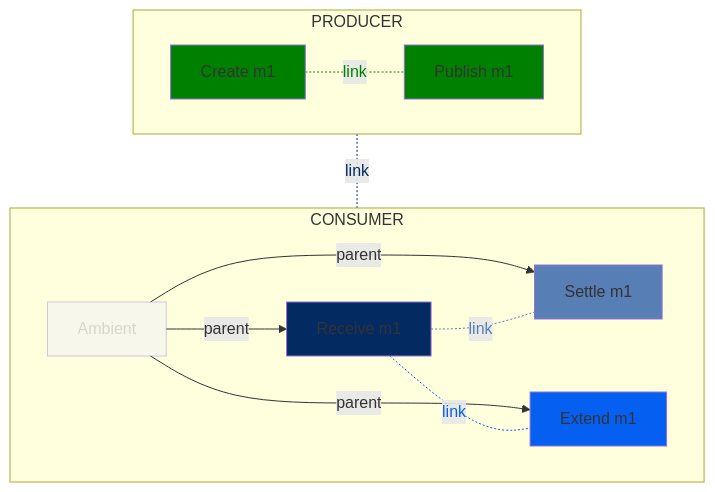
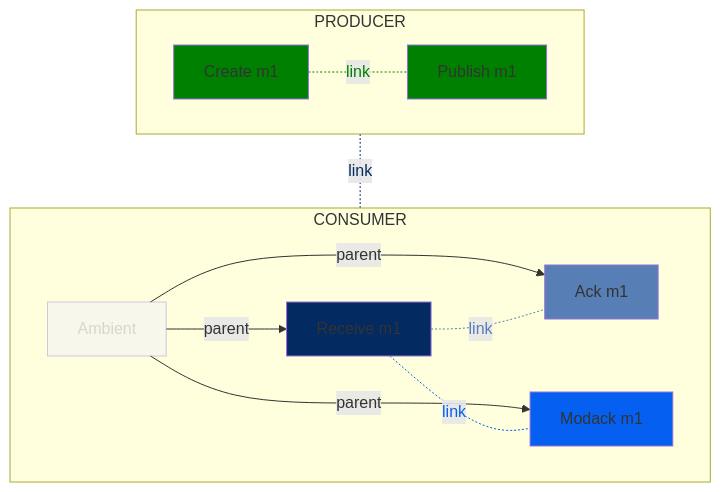
Before and after one commit to alevenberg/semantic-conventions: the seventh of 29 diagrams in docs/messaging/gcp-pubsub.md, drawn with Mermaid. The commit also changed other lines of this file, not shown here.

Commit message:
wip, change to ack/modack

````diff
--- a/docs/messaging/gcp-pubsub.md
+++ b/docs/messaging/gcp-pubsub.md
@@ -310,51 +310,51 @@
 ```mermaid
 flowchart TD;
   subgraph CONSUMER
   direction LR
   A[Ambient]
   R1[Receive m1]
-  SM1[Settle m1]
-  LM1[Extend m1]
+  SM1[Ack m1]
+  LM1[Modack m1]
   %% Link 0
   A-- parent -->R1
   %% Link 1
   A-- parent -->SM1
   %% Link 2
   A-- parent -->LM1
   end
   subgraph PRODUCER
   direction LR
   CM1[Create m1]
   PM1[Publish m1]
   end
   %% Link 3
   CM1-. link .-PM1;
   %% Link 4
   CM1-. link .-R1;
   %% Link 5
   R1-. link .-SM1;
   %% Link 6
   R1-. link .-LM1;
 
   %% Style the node and corresponding link
   %% Producer links and nodes
   classDef producer fill:green
   class PM1,CM1 producer
   linkStyle 3 color:green,stroke:green
 
   %% Consumer links and nodes
   classDef consumer fill:#032a61
   class R1 consumer
   linkStyle 4 color:#032a61,stroke:#032a61
 
   classDef lease fill:#0560f2
   class LM1 lease
   linkStyle 6 color:#0560f2,stroke:#0560f2
 
   classDef ack fill:#577eb5
   class SM1 ack
   linkStyle 5 color:#577eb5,stroke:#577eb5
 
   classDef additional opacity:0.4
   class A additional
 ```
````
